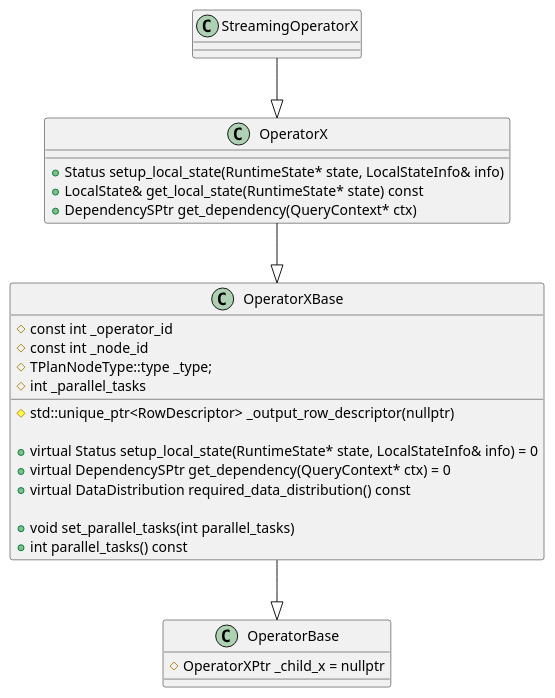
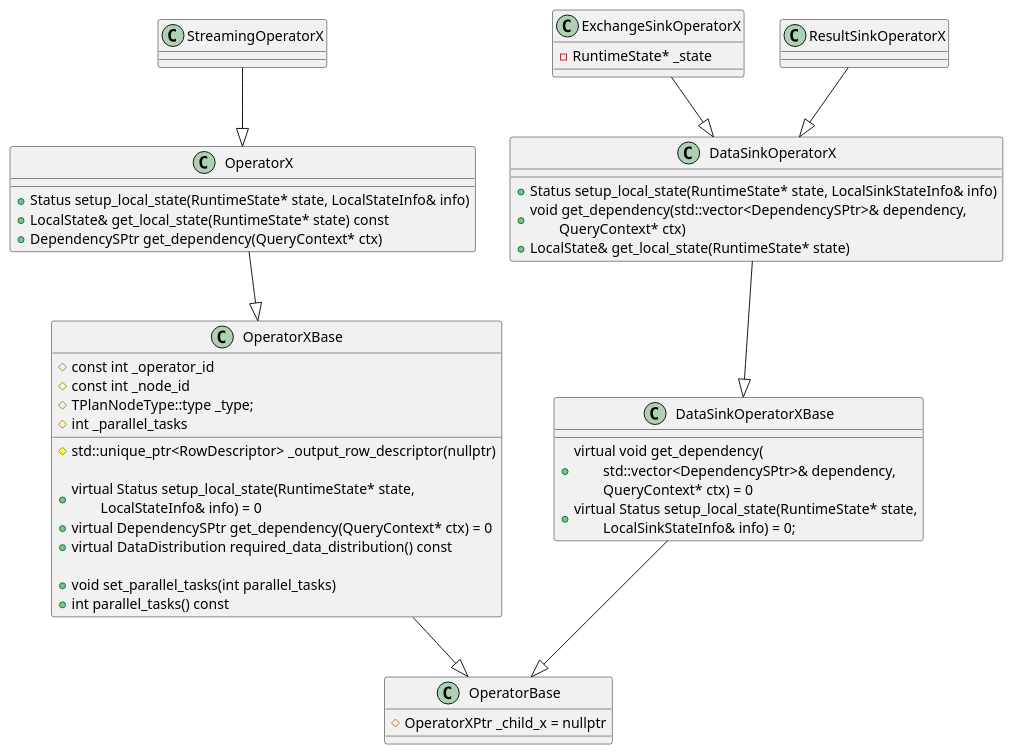
Before and after one commit to DepInjoy/geektime: the third of 3 diagrams in doc/DB/Doris/SourceRead/13_00_Exec_PipelineX.md, drawn with PlantUML. The commit also changed other lines of this file, not shown here.

Commit message:
Doris Pipelinex

````diff
--- a/doc/DB/Doris/SourceRead/13_00_Exec_PipelineX.md
+++ b/doc/DB/Doris/SourceRead/13_00_Exec_PipelineX.md
@@ -99,36 +111,56 @@
 ```plantuml
 @startuml
 class StreamingOperatorX {
 
 }
 
 class OperatorX {
     + Status setup_local_state(RuntimeState* state, LocalStateInfo& info)
     + LocalState& get_local_state(RuntimeState* state) const
     + DependencySPtr get_dependency(QueryContext* ctx)
 }
 
 class OperatorXBase {
     # const int _operator_id
     # const int _node_id
     # TPlanNodeType::type _type;
     # int _parallel_tasks
     # std::unique_ptr<RowDescriptor> _output_row_descriptor(nullptr)
 
-    + virtual Status setup_local_state(RuntimeState* state, LocalStateInfo& info) = 0
+    + virtual Status setup_local_state(RuntimeState* state,\n\tLocalStateInfo& info) = 0
     + virtual DependencySPtr get_dependency(QueryContext* ctx) = 0
     + virtual DataDistribution required_data_distribution() const
 
     + void set_parallel_tasks(int parallel_tasks)
     + int parallel_tasks() const
 }
 
 class OperatorBase {
     # OperatorXPtr _child_x = nullptr
 }
 
+class ExchangeSinkOperatorX {
+    - RuntimeState* _state
+}
+
+class DataSinkOperatorX {
+    + Status setup_local_state(RuntimeState* state, LocalSinkStateInfo& info)
+    + void get_dependency(std::vector<DependencySPtr>& dependency,\n\tQueryContext* ctx)
+    + LocalState& get_local_state(RuntimeState* state)
+}
+
+class DataSinkOperatorXBase {
+    + virtual void get_dependency(\n\tstd::vector<DependencySPtr>& dependency,\n\tQueryContext* ctx) = 0
+    + virtual Status setup_local_state(RuntimeState* state,\n\tLocalSinkStateInfo& info) = 0;
+}
+
 StreamingOperatorX -down-|> OperatorX
 OperatorX -down-|> OperatorXBase
 OperatorXBase -down-|> OperatorBase
+
+DataSinkOperatorXBase -down-|> OperatorBase
+DataSinkOperatorX -down-|> DataSinkOperatorXBase
+ExchangeSinkOperatorX -down-|> DataSinkOperatorX
+ResultSinkOperatorX -down-|> DataSinkOperatorX
 @enduml
 ```
````
